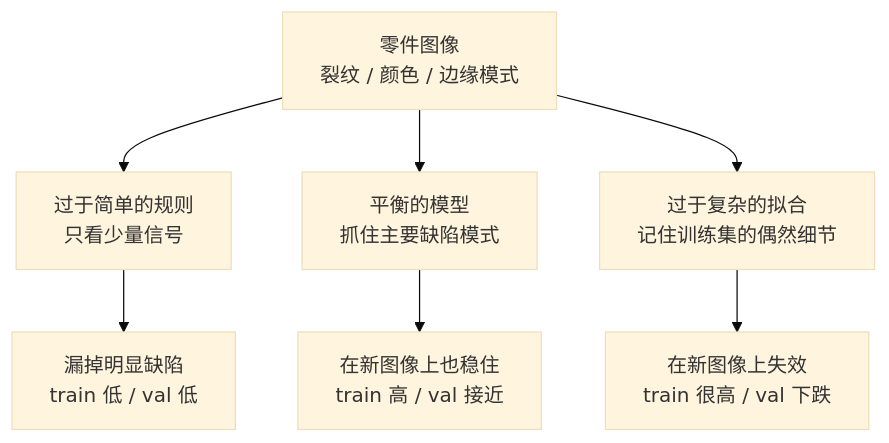
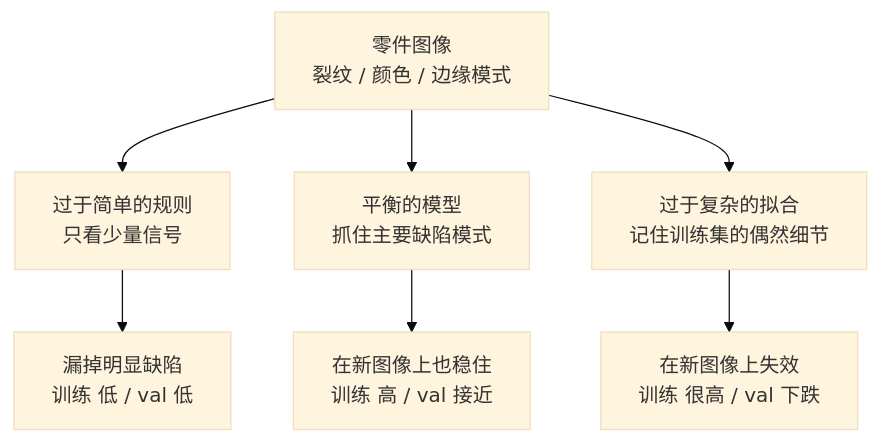
Before and after one commit to devchan64/AiBook: the diagram in docs/assets/part-04/chapter-05/p4-5-1-mermaid-01-zh.mmd, drawn with Mermaid (base theme). The commit also changed 87 other files, not shown here.

Commit message:
Refine Part 4 Korean and Chinese diagram localization

```diff
--- a/docs/assets/part-04/chapter-05/p4-5-1-mermaid-01-zh.mmd
+++ b/docs/assets/part-04/chapter-05/p4-5-1-mermaid-01-zh.mmd
@@ -1,15 +1,15 @@
 flowchart TD
   A["零件图像<br/>裂纹 / 颜色 / 边缘模式"]
   B["过于简单的规则<br/>只看少量信号"]
   C["平衡的模型<br/>抓住主要缺陷模式"]
   D["过于复杂的拟合<br/>记住训练集的偶然细节"]
-  E["漏掉明显缺陷<br/>train 低 / val 低"]
-  F["在新图像上也稳住<br/>train 高 / val 接近"]
-  G["在新图像上失效<br/>train 很高 / val 下跌"]
+  E["漏掉明显缺陷<br/>训练 低 / val 低"]
+  F["在新图像上也稳住<br/>训练 高 / val 接近"]
+  G["在新图像上失效<br/>训练 很高 / val 下跌"]
 
   A --> B
   A --> C
   A --> D
   B --> E
   C --> F
   D --> G
```
